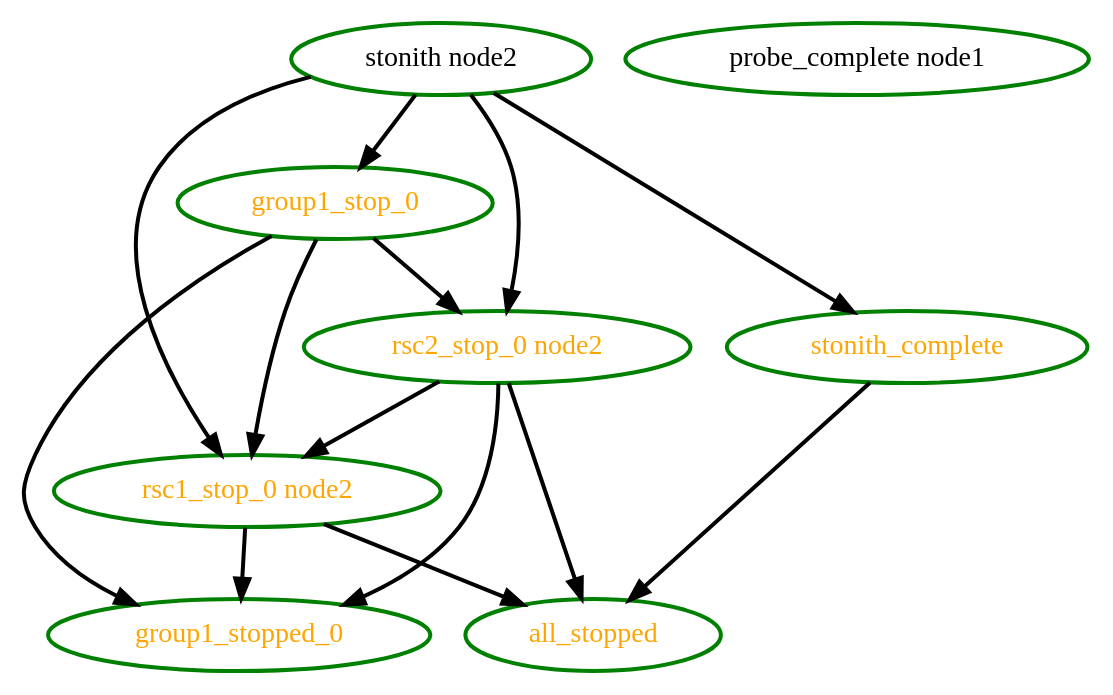
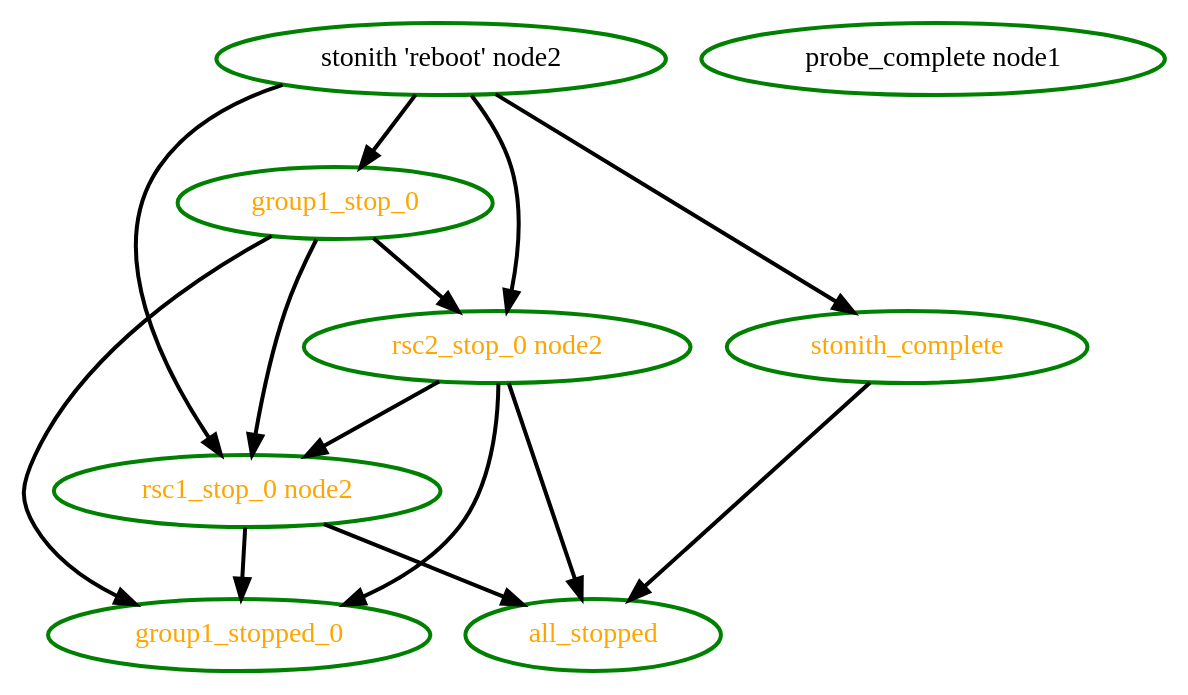
One commit to ClusterLabs/pacemaker changed the diagram in pengine/test10/ticket-group-9.dot. Above: the diagram before and after it, drawn with Graphviz. The commit also changed 51 other files, not shown here.

Commit message:
Test: PE: Include stonith operation in .dot graph regression test results

```diff
--- a/pengine/test10/ticket-group-9.dot
+++ b/pengine/test10/ticket-group-9.dot
@@ -1,23 +1,23 @@
 digraph "g" {
 "all_stopped" [ style=bold color="green" fontcolor="orange" ]
 "group1_stop_0" -> "group1_stopped_0" [ style = bold]
 "group1_stop_0" -> "rsc1_stop_0 node2" [ style = bold]
 "group1_stop_0" -> "rsc2_stop_0 node2" [ style = bold]
 "group1_stop_0" [ style=bold color="green" fontcolor="orange" ]
 "group1_stopped_0" [ style=bold color="green" fontcolor="orange" ]
 "probe_complete node1" [ style=bold color="green" fontcolor="black" ]
 "rsc1_stop_0 node2" -> "all_stopped" [ style = bold]
 "rsc1_stop_0 node2" -> "group1_stopped_0" [ style = bold]
 "rsc1_stop_0 node2" [ style=bold color="green" fontcolor="orange" ]
 "rsc2_stop_0 node2" -> "all_stopped" [ style = bold]
 "rsc2_stop_0 node2" -> "group1_stopped_0" [ style = bold]
 "rsc2_stop_0 node2" -> "rsc1_stop_0 node2" [ style = bold]
 "rsc2_stop_0 node2" [ style=bold color="green" fontcolor="orange" ]
-"stonith node2" -> "group1_stop_0" [ style = bold]
-"stonith node2" -> "rsc1_stop_0 node2" [ style = bold]
-"stonith node2" -> "rsc2_stop_0 node2" [ style = bold]
-"stonith node2" -> "stonith_complete" [ style = bold]
-"stonith node2" [ style=bold color="green" fontcolor="black" ]
+"stonith 'reboot' node2" -> "group1_stop_0" [ style = bold]
+"stonith 'reboot' node2" -> "rsc1_stop_0 node2" [ style = bold]
+"stonith 'reboot' node2" -> "rsc2_stop_0 node2" [ style = bold]
+"stonith 'reboot' node2" -> "stonith_complete" [ style = bold]
+"stonith 'reboot' node2" [ style=bold color="green" fontcolor="black"]
 "stonith_complete" -> "all_stopped" [ style = bold]
 "stonith_complete" [ style=bold color="green" fontcolor="orange" ]
 }
```
